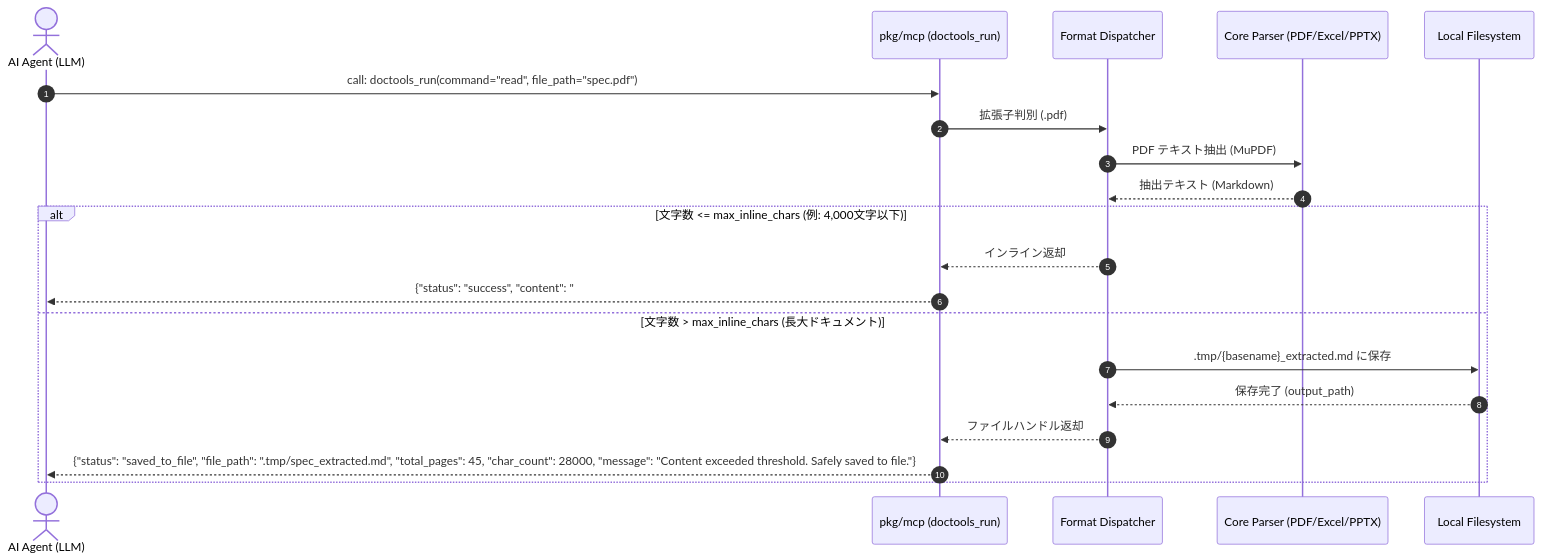
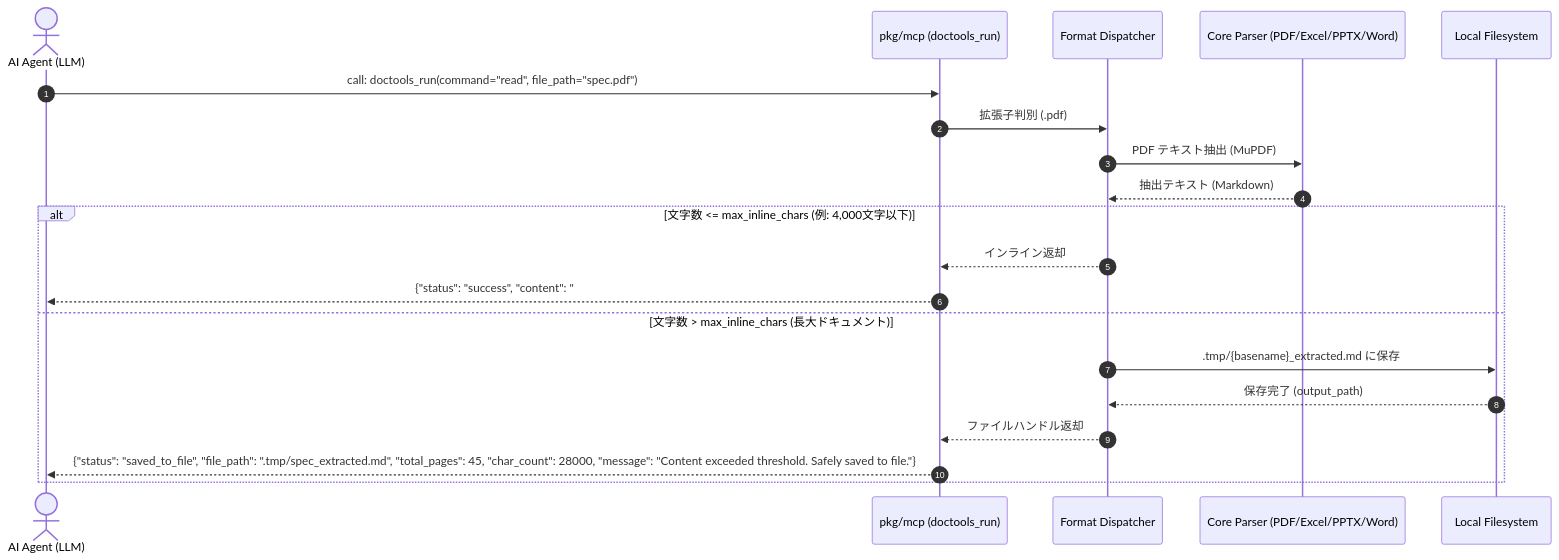
One commit to snaga/doctools-cli changed the third of 5 diagrams in doc/design.md. Above: the diagram before and after it, drawn with Mermaid. The commit also changed other lines of this file and 6 other files, not shown here.

````diff
--- a/doc/design.md
+++ b/doc/design.md
@@ -470,24 +484,24 @@
 ```mermaid
 sequenceDiagram
     autonumber
     actor Agent as AI Agent (LLM)
     participant MCP as pkg/mcp (doctools_run)
     participant Dispatcher as Format Dispatcher
-    participant Parser as Core Parser (PDF/Excel/PPTX)
+    participant Parser as Core Parser (PDF/Excel/PPTX/Word)
     participant FS as Local Filesystem
 
     Agent->>MCP: call: doctools_run(command="read", file_path="spec.pdf")
     MCP->>Dispatcher: 拡張子判別 (.pdf)
     Dispatcher->>Parser: PDF テキスト抽出 (MuPDF)
     Parser-->>Dispatcher: 抽出テキスト (Markdown)
 
     alt 文字数 <= max_inline_chars (例: 4,000文字以下)
         Dispatcher-->>MCP: インライン返却
         MCP-->>Agent: {"status": "success", "content": "## 概要\n..."} (1ターン完了！)
     else 文字数 > max_inline_chars (長大ドキュメント)
         Dispatcher->>FS: .tmp/{basename}_extracted.md に保存
         FS-->>Dispatcher: 保存完了 (output_path)
         Dispatcher-->>MCP: ファイルハンドル返却
         MCP-->>Agent: {"status": "saved_to_file", "file_path": ".tmp/spec_extracted.md", "total_pages": 45, "char_count": 28000, "message": "Content exceeded threshold. Safely saved to file."}
     end
 ```
````
